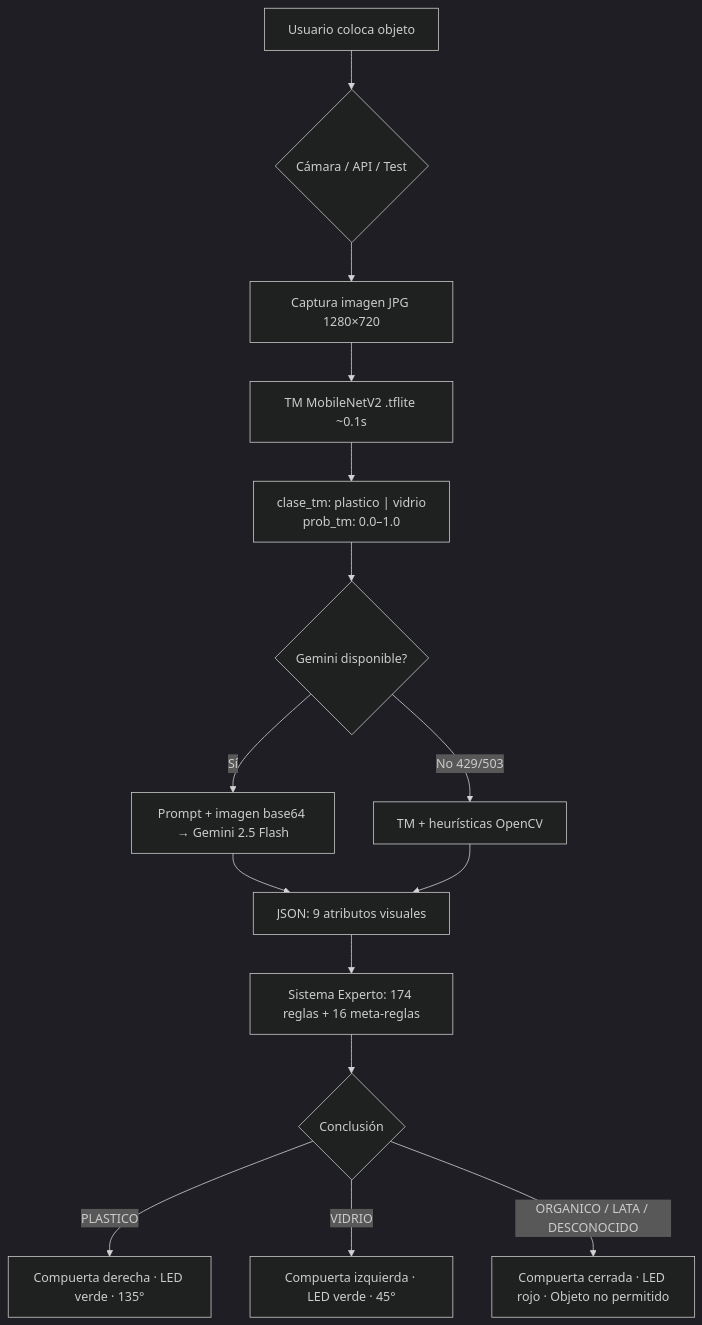
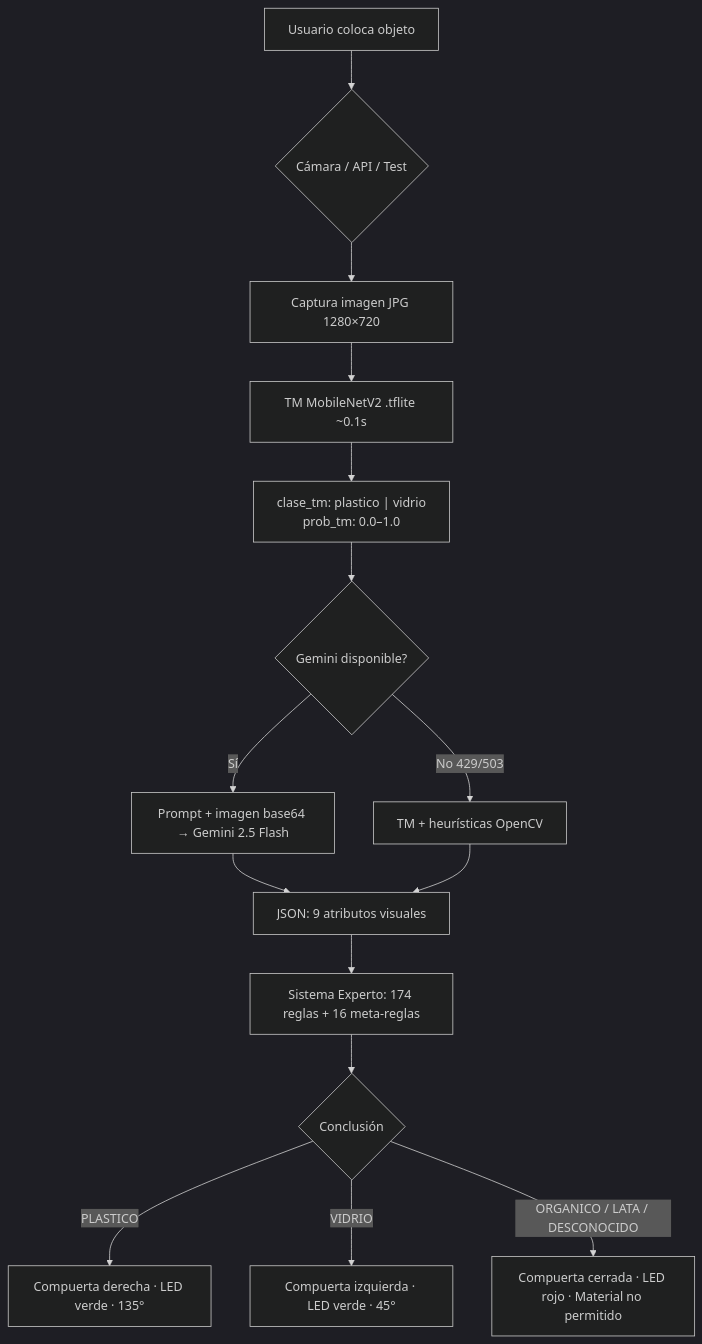
The diagram in docs/FLUJO_RECONOCIMIENTO.md (AxelJhostin/RECI), drawn with Mermaid (dark theme) before and after one commit. The commit also changed other lines of this file and 1 other file, not shown here.

Commit message:
fix(SE): mensaje de rechazo unificado como material no permitido
ORGANICO, LATA y DESCONOCIDO muestran el mismo texto en pantalla y hardware para la demo de dos compartimentos.

````diff
--- a/docs/FLUJO_RECONOCIMIENTO.md
+++ b/docs/FLUJO_RECONOCIMIENTO.md
@@ -9,17 +9,17 @@
 ```mermaid
 flowchart TD
     A[Usuario coloca objeto] --> B{Cámara / API / Test}
     B --> C[Captura imagen JPG 1280×720]
     C --> D[TM MobileNetV2 .tflite ~0.1s]
     D --> E["clase_tm: plastico | vidrio<br/>prob_tm: 0.0–1.0"]
     E --> F{Gemini disponible?}
     F -->|Sí| G[Prompt + imagen base64 → Gemini 2.5 Flash]
     F -->|No 429/503| H[TM + heurísticas OpenCV]
     G --> I[JSON: 9 atributos visuales]
     H --> I
     I --> J[Sistema Experto: 174 reglas + 16 meta-reglas]
     J --> K{Conclusión}
     K -->|PLASTICO| L[Compuerta derecha · LED verde · 135°]
     K -->|VIDRIO| M[Compuerta izquierda · LED verde · 45°]
-    K -->|ORGANICO / LATA / DESCONOCIDO| N[Compuerta cerrada · LED rojo · Objeto no permitido]
+    K -->|ORGANICO / LATA / DESCONOCIDO| N[Compuerta cerrada · LED rojo · Material no permitido]
 ```
````
